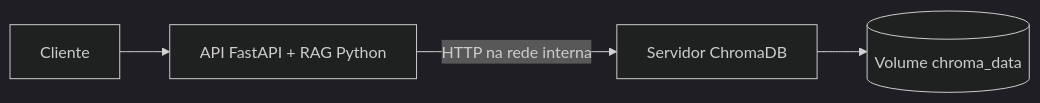
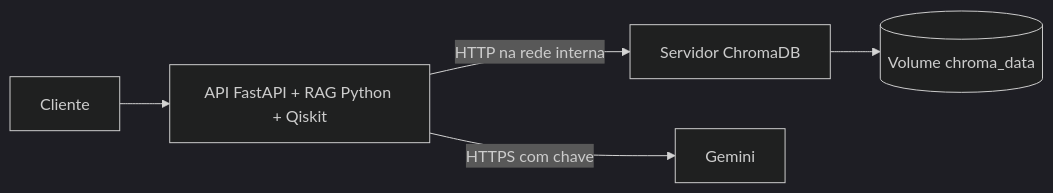
The diagram in README.md (vladtairovic/growup-api-chromadb), drawn with Mermaid (dark theme) before and after one commit. The commit also changed other lines of this file and 24 other files, not shown here.

Commit message:
Integra Gemini e Qiskit e valida stack Docker real

````diff
--- a/README.md
+++ b/README.md
@@ -9,6 +9,7 @@
 ```mermaid
 flowchart LR
-    U[Cliente] --> A[API FastAPI + RAG Python]
+    U[Cliente] --> A[API FastAPI + RAG Python + Qiskit]
     A -->|HTTP na rede interna| C[Servidor ChromaDB]
     C --> V[(Volume chroma_data)]
+    A -->|HTTPS com chave| G[Gemini]
 ```
````
